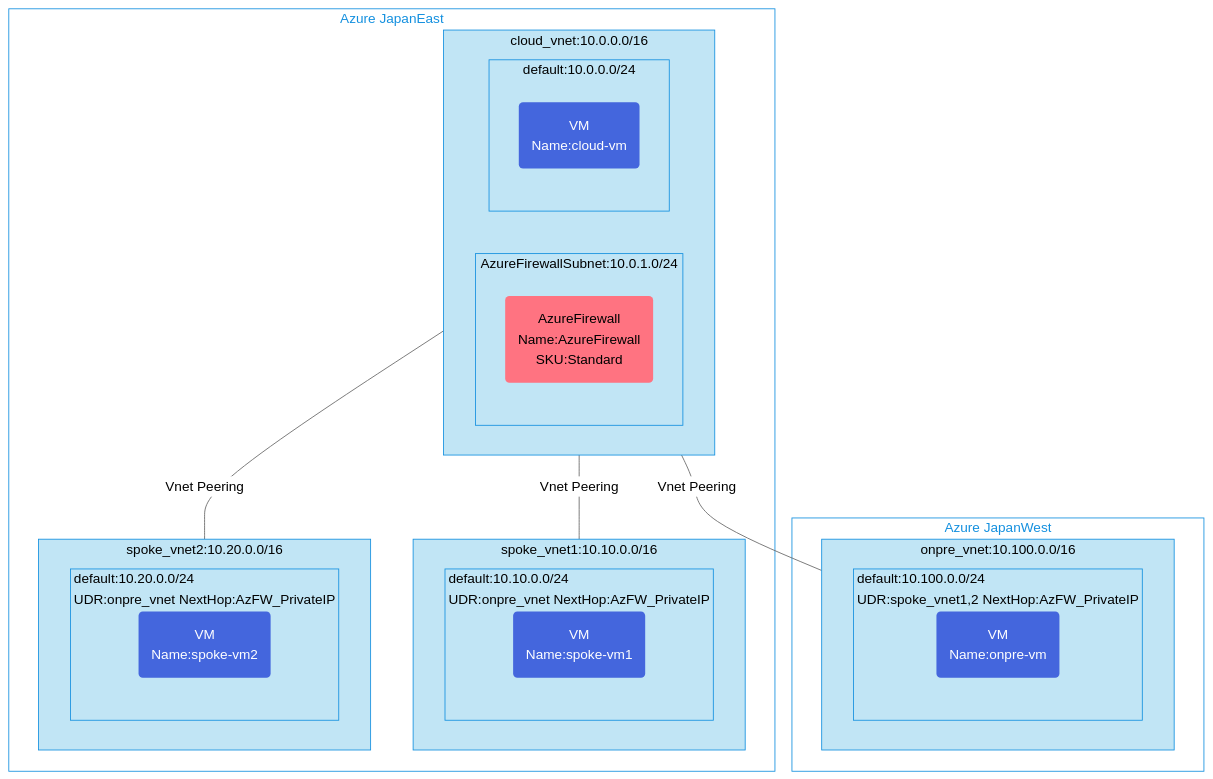
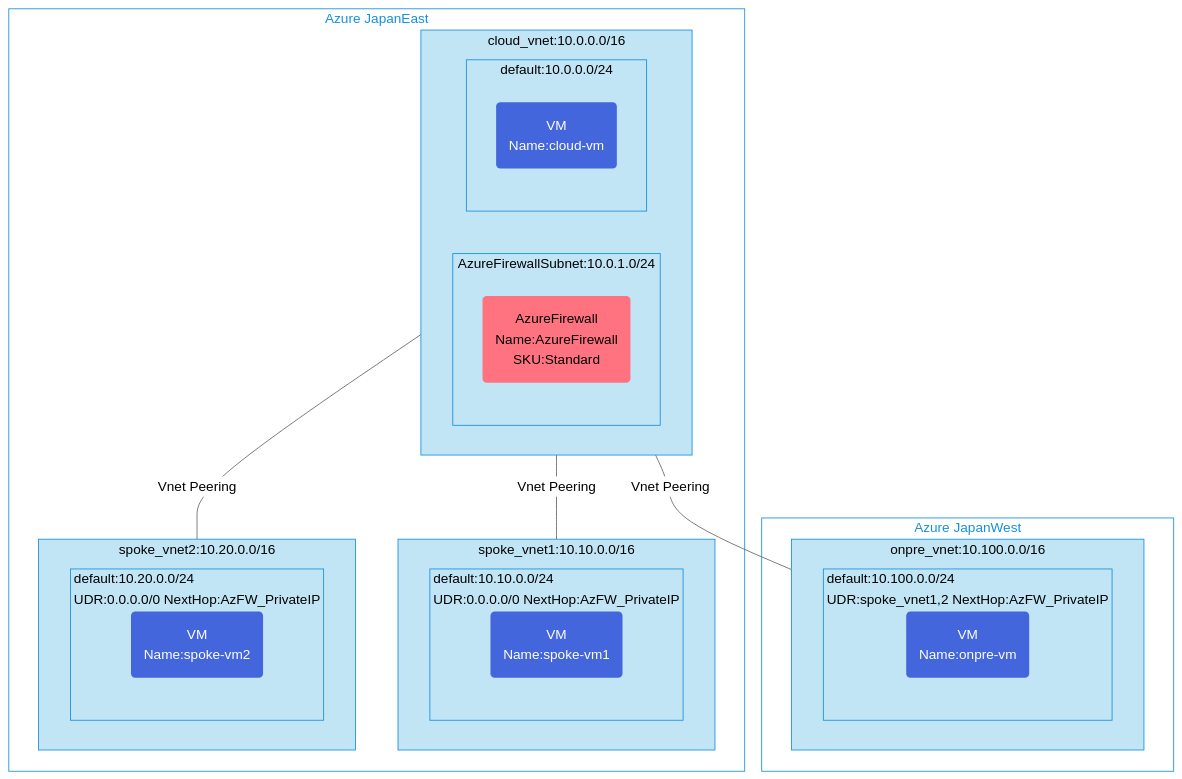
One commit to toizumi03/bicep-templates changed the diagram in hubFW-spoke-vnetpeering-env/README.md. Above: the diagram before and after it, drawn with Mermaid (neutral theme).

````diff
--- a/hubFW-spoke-vnetpeering-env/README.md
+++ b/hubFW-spoke-vnetpeering-env/README.md
@@ -3,57 +3,57 @@
 ```mermaid
 graph TB;
 %% Groups and Services
 subgraph GR1[Azure JapanEast]
   subgraph GV1[cloud_vnet:10.0.0.0/16]
       subgraph GVS5[AzureFirewallSubnet:10.0.1.0/24]
         AzFW("AzureFirewall<br/>Name:AzureFirewall<br/>SKU:Standard")
       end
       subgraph GVS1[default:10.0.0.0/24]
         CP1("VM<br/>Name:cloud-vm")
       end
   end
   subgraph GV2[spoke_vnet1:10.10.0.0/16]
-      subgraph GVS3[default:10.10.0.0/24<br/>UDR:onpre_vnet NextHop:AzFW_PrivateIP]
+      subgraph GVS3[default:10.10.0.0/24<br/>UDR:0.0.0.0/0 NextHop:AzFW_PrivateIP]
         CP3("VM<br/>Name:spoke-vm1")
       end
 end
   subgraph GV3[spoke_vnet2:10.20.0.0/16]
-      subgraph GVS4[default:10.20.0.0/24<br/>UDR:onpre_vnet NextHop:AzFW_PrivateIP]
+      subgraph GVS4[default:10.20.0.0/24<br/>UDR:0.0.0.0/0 NextHop:AzFW_PrivateIP]
         CP4("VM<br/>Name:spoke-vm2")
       end
 end
 end
 subgraph GR2[Azure JapanWest]
   subgraph ONPV1[onpre_vnet:10.100.0.0/16]
       subgraph ONPS2[default:10.100.0.0/24<br/>UDR:spoke_vnet1,2 NextHop:AzFW_PrivateIP]
         CP2("VM<br/>Name:onpre-vm")
     end
 end
 end
 
 %% Relation for resources
 GV1 --Vnet Peering---ONPV1
 GV1 --Vnet Peering---GV2
 GV1 --Vnet Peering---GV3
 
 %% Groups style
 classDef GSR fill:#fff,color:#1490df,stroke:#1490df
 class GR1,GR2 GSR
 
 classDef SGV1 fill:#c1e5f5,color:#000,stroke:#1490df
 class GV1,GV2,GV3,GC2,GVS1,GVS2,GVS3,GVS4,GVS5 SGV1
 
 classDef SGonpV fill:#c1e5f5,color:#000,stroke:#1490df
 class ONPV1,ONPS1,ONPS2 SGonpV
  
 %% Service Style
 classDef SCP fill:#4466dd,color:#fff,stroke:none
 class CP1,CP2,CP3,CP4,CP5 SCP
 
 classDef SFW fill:#ff7381,color:#000,stroke:none
 class AzFW SFW
 
 classDef SVPNGW fill:#57d1ed,color:#000,stroke:none
 class VPNGW1,VPNGW2 SVPNGW
 
 ```
````
